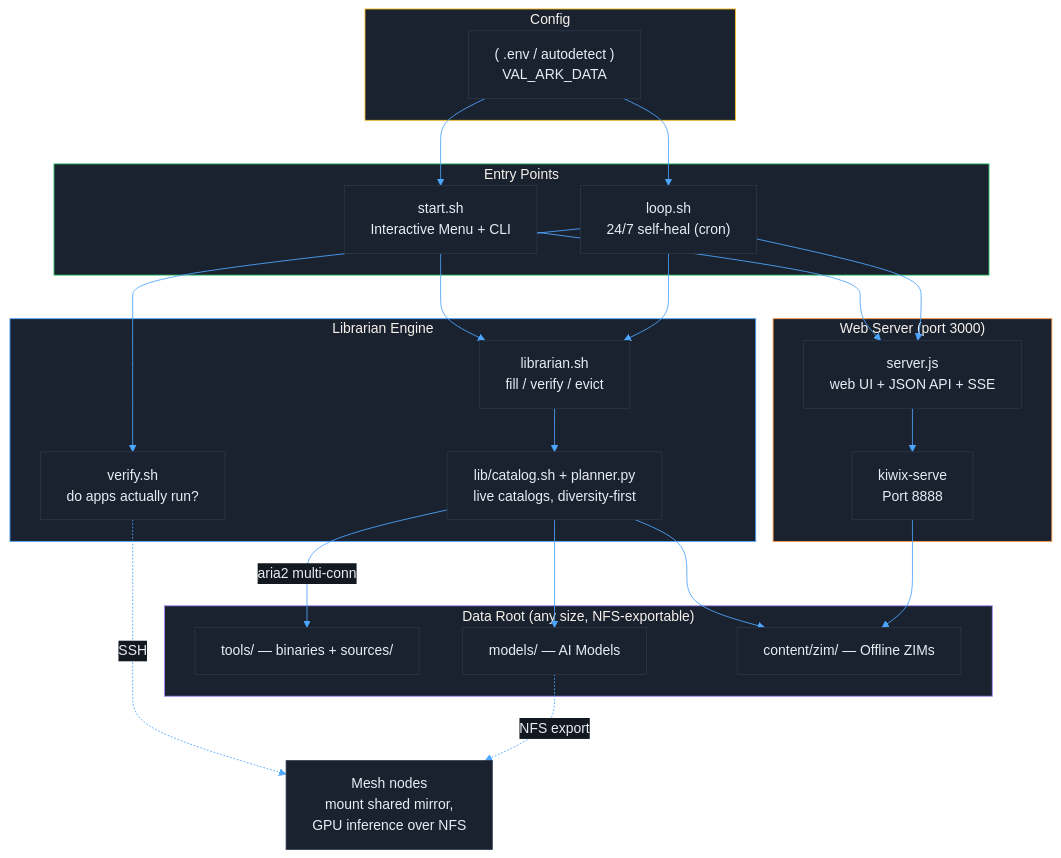
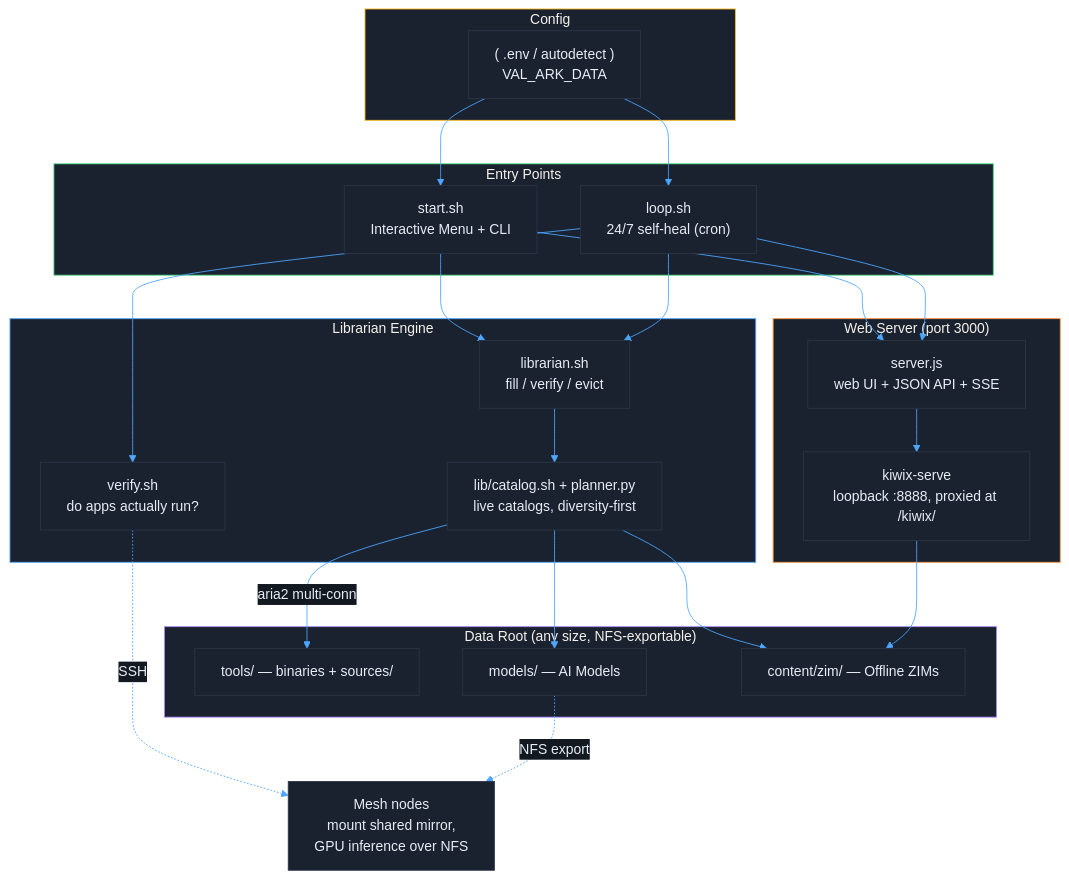
One commit to mvalancy/val-ark changed the first of 3 diagrams in README.md. Above: the diagram before and after it, drawn with Mermaid. The commit also changed other lines of this file and 12 other files, not shown here.

````diff
--- a/README.md
+++ b/README.md
@@ -34,57 +34,57 @@
 ```mermaid
 %%{init: {'theme': 'base', 'themeVariables': {
   'primaryColor': '#1a2230',
   'primaryBorderColor': '#2a3545',
   'primaryTextColor': '#e8edf4',
   'lineColor': '#4da6ff',
   'secondaryColor': '#131921',
   'tertiaryColor': '#0a0e14'
 }}}%%
 graph TB
     subgraph Config["Config"]
         style Config fill:#1a2230,stroke:#fbbf24
         ENV["( .env / autodetect )<br/>VAL_ARK_DATA"]
     end
 
     subgraph Entry["Entry Points"]
         style Entry fill:#1a2230,stroke:#4ade80
         START["start.sh<br/>Interactive Menu + CLI"]
         LOOP["loop.sh<br/>24/7 self-heal (cron)"]
     end
 
     subgraph Engine["Librarian Engine"]
         style Engine fill:#1a2230,stroke:#4da6ff
         LIB["librarian.sh<br/>fill / verify / evict"]
         CAT["lib/catalog.sh + planner.py<br/>live catalogs, diversity-first"]
         VER["verify.sh<br/>do apps actually run?"]
     end
 
     subgraph WebServer["Web Server (port 3000)"]
         style WebServer fill:#1a2230,stroke:#fb923c
         SERVER["server.js<br/>web UI + JSON API + SSE"]
-        KIWIX["kiwix-serve<br/>Port 8888"]
+        KIWIX["kiwix-serve<br/>loopback :8888, proxied at /kiwix/"]
     end
 
     subgraph Storage["Data Root (any size, NFS-exportable)"]
         style Storage fill:#1a2230,stroke:#a78bfa
         TOOLS["tools/ — binaries + sources/"]
         MODELS["models/ — AI Models"]
         CONTENT["content/zim/ — Offline ZIMs"]
     end
 
     ENV --> START
     ENV --> LOOP
     START --> LIB
     START --> SERVER
     LOOP --> LIB
     LOOP --> VER
     LOOP --> SERVER
     LIB --> CAT
     CAT -->|aria2 multi-conn| TOOLS
     CAT --> MODELS
     CAT --> CONTENT
     SERVER --> KIWIX
     KIWIX --> CONTENT
     VER -.->|SSH| MESH["Mesh nodes<br/>mount shared mirror,<br/>GPU inference over NFS"]
     MODELS -.->|NFS export| MESH
 ```
````
